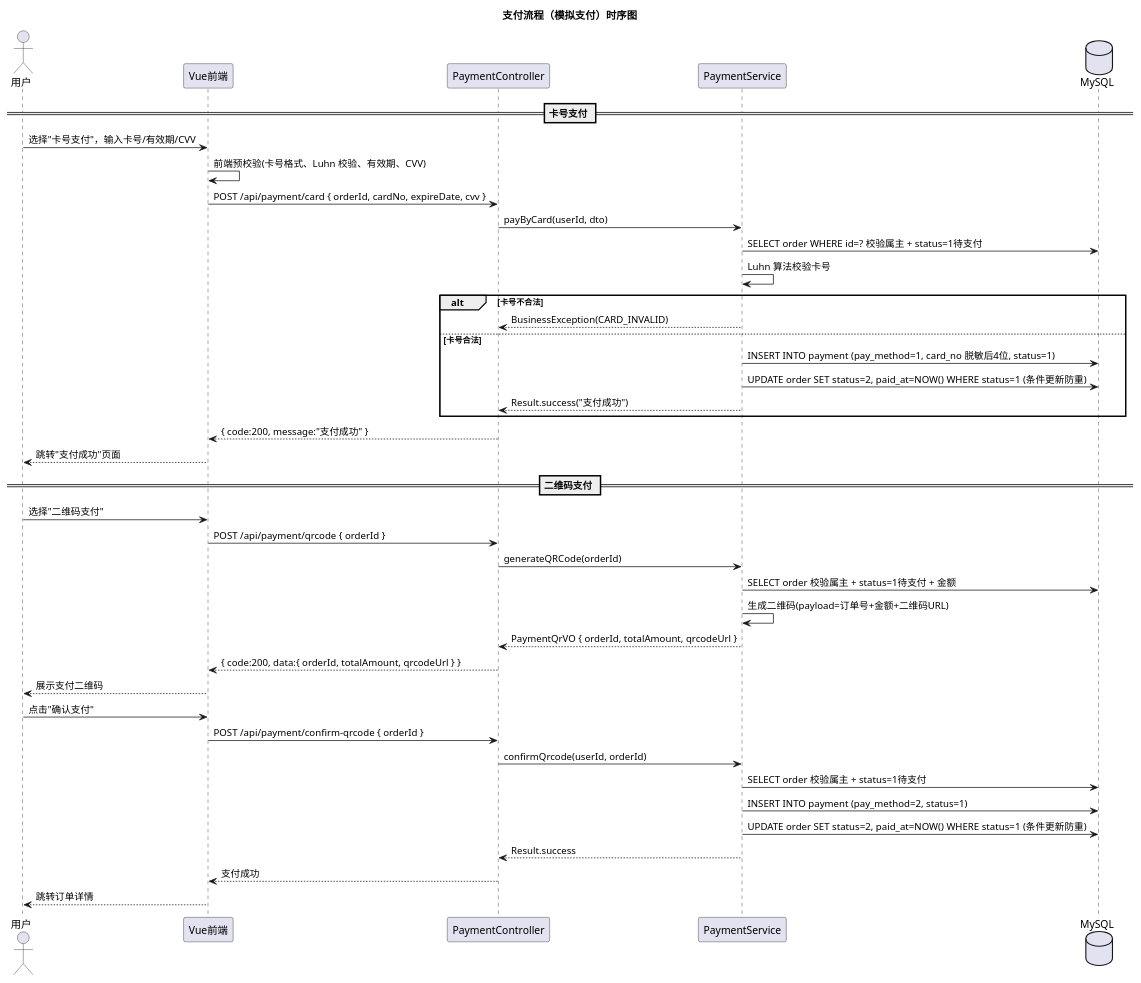
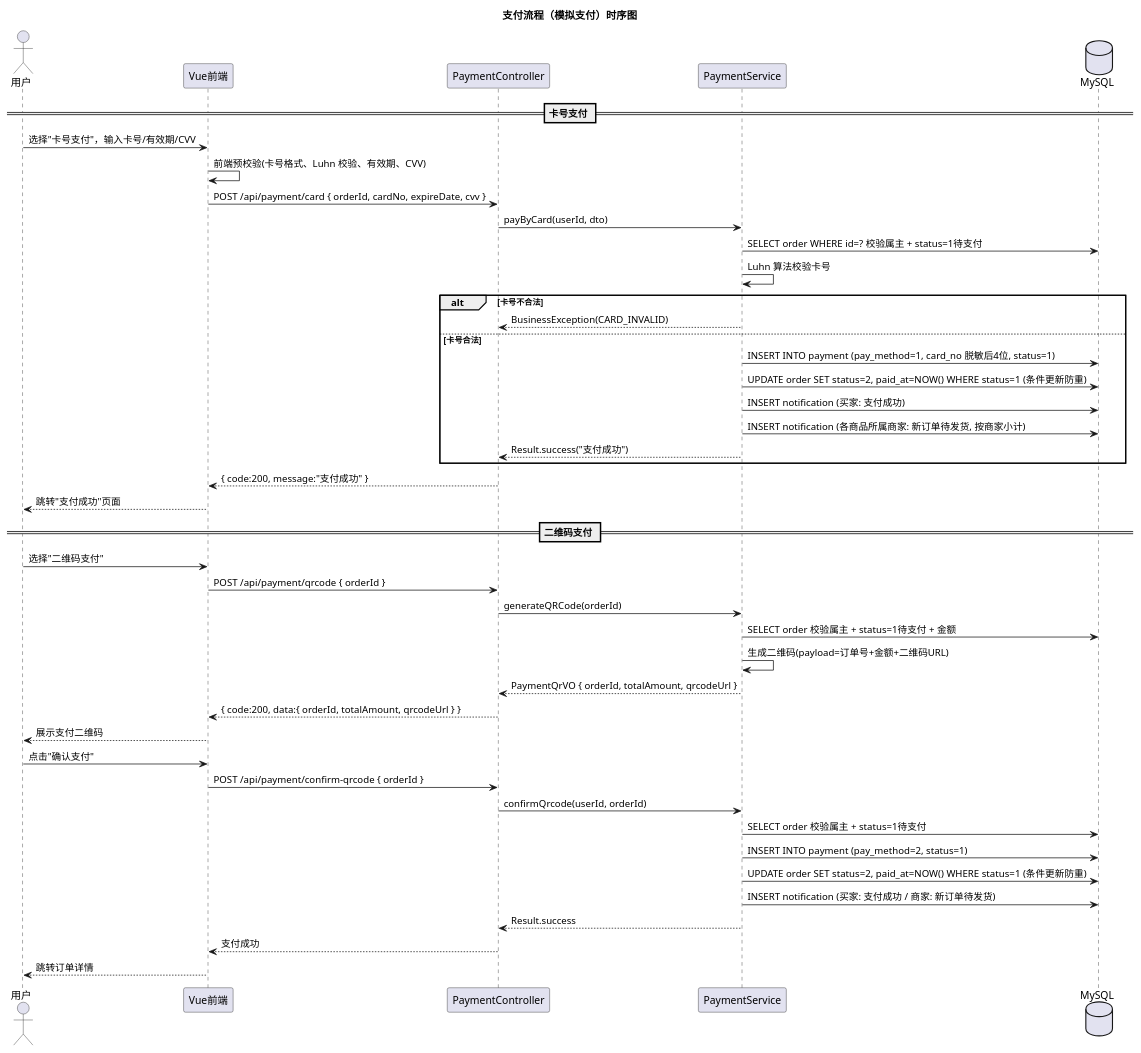
One commit to KIM406-CMD/chrono changed the third of 7 diagrams in uml/uml-sequence.puml. Above: the diagram before and after it, drawn with PlantUML. The commit also changed other lines of this file and 25 other files, not shown here.

First line of the commit message:
docs: 同步站内通知与商家隔离文档及 UML

```diff
--- a/uml/uml-sequence.puml
+++ b/uml/uml-sequence.puml
@@ -138,50 +138,53 @@
 @startuml 支付流程
 
 title 支付流程（模拟支付）时序图
 
 actor 用户 as User
 participant "Vue前端" as Vue
 participant "PaymentController" as PC
 participant "PaymentService" as PS
 database "MySQL" as DB
 
 == 卡号支付 ==
 User -> Vue : 选择"卡号支付"，输入卡号/有效期/CVV
 Vue -> Vue : 前端预校验(卡号格式、Luhn 校验、有效期、CVV)
 Vue -> PC : POST /api/payment/card { orderId, cardNo, expireDate, cvv }
 
 PC -> PS : payByCard(userId, dto)
 PS -> DB : SELECT order WHERE id=? 校验属主 + status=1待支付
 PS -> PS : Luhn 算法校验卡号
 alt 卡号不合法
   PS --> PC : BusinessException(CARD_INVALID)
 else 卡号合法
   PS -> DB : INSERT INTO payment (pay_method=1, card_no 脱敏后4位, status=1)
   PS -> DB : UPDATE order SET status=2, paid_at=NOW() WHERE status=1 (条件更新防重)
+  PS -> DB : INSERT notification (买家: 支付成功)
+  PS -> DB : INSERT notification (各商品所属商家: 新订单待发货, 按商家小计)
   PS --> PC : Result.success("支付成功")
 end
 
 PC --> Vue : { code:200, message:"支付成功" }
 Vue --> User : 跳转"支付成功"页面
 
 == 二维码支付 ==
 User -> Vue : 选择"二维码支付"
 Vue -> PC : POST /api/payment/qrcode { orderId }
 PC -> PS : generateQRCode(orderId)
 PS -> DB : SELECT order 校验属主 + status=1待支付 + 金额
 PS -> PS : 生成二维码(payload=订单号+金额+二维码URL)
 PS --> PC : PaymentQrVO { orderId, totalAmount, qrcodeUrl }
 PC --> Vue : { code:200, data:{ orderId, totalAmount, qrcodeUrl } }
 
 Vue --> User : 展示支付二维码
 User -> Vue : 点击"确认支付"
 Vue -> PC : POST /api/payment/confirm-qrcode { orderId }
 PC -> PS : confirmQrcode(userId, orderId)
 PS -> DB : SELECT order 校验属主 + status=1待支付
 PS -> DB : INSERT INTO payment (pay_method=2, status=1)
 PS -> DB : UPDATE order SET status=2, paid_at=NOW() WHERE status=1 (条件更新防重)
+PS -> DB : INSERT notification (买家: 支付成功 / 商家: 新订单待发货)
 PS --> PC : Result.success
 PC --> Vue : 支付成功
 Vue --> User : 跳转订单详情
 
 @enduml
```
